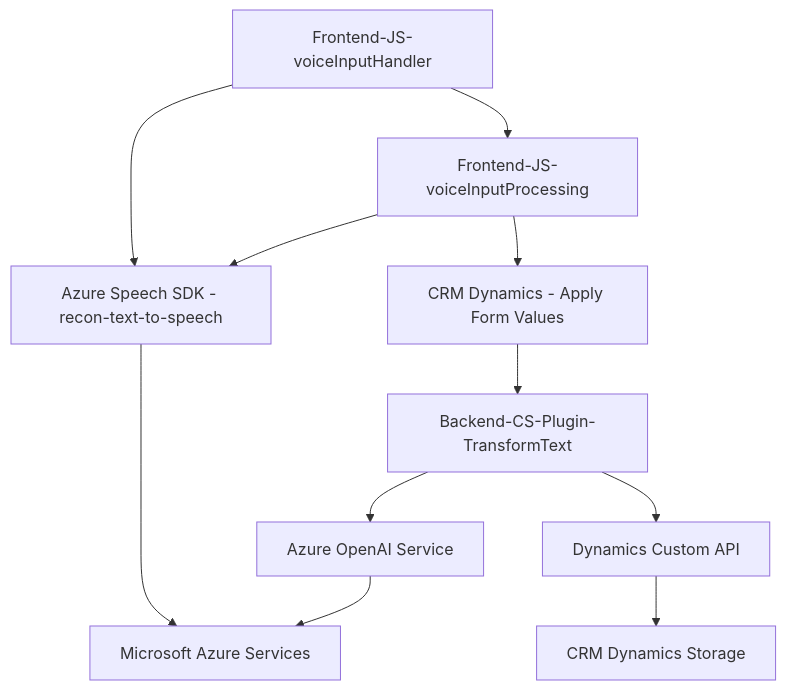
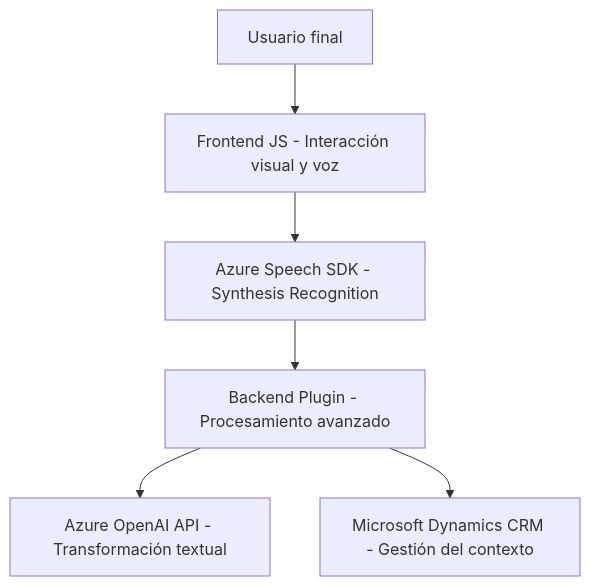
One commit to blopezdm/NETCORE_BILBAO2025 changed the diagram in README.md. Above: the diagram before and after it, drawn with Mermaid. The commit also changed other lines of this file, not shown here.

````diff
--- a/README.md
+++ b/README.md
@@ -46,16 +34,15 @@
 ```mermaid
 graph TD
-    A["Frontend-JS-voiceInputHandler"]-->B["Azure Speech SDK - recon-text-to-speech"]
-    A-->C["Frontend-JS-voiceInputProcessing"]
-    C-->B
-    C-->D["CRM Dynamics - Apply Form Values"]
+    A["Frontend JS - Interacción visual y voz"]
+    B["Azure Speech SDK - Synthesis Recognition"]
+    C["Backend Plugin - Procesamiento avanzado"]
+    D["Azure OpenAI API - Transformación textual"]
+    E["Microsoft Dynamics CRM - Gestión del contexto"]
+    F["Usuario final"]
 
-    D-->E["Backend-CS-Plugin-TransformText"]
-    E-->F["Azure OpenAI Service"]
-    E-->G["Dynamics Custom API"]
-
-    B-->H["Microsoft Azure Services"]
-    F-->H
-    G-->I["CRM Dynamics Storage"]
-
+    F --> A
+    A --> B
+    B --> C
+    C --> D
+    C --> E
 ```
````
